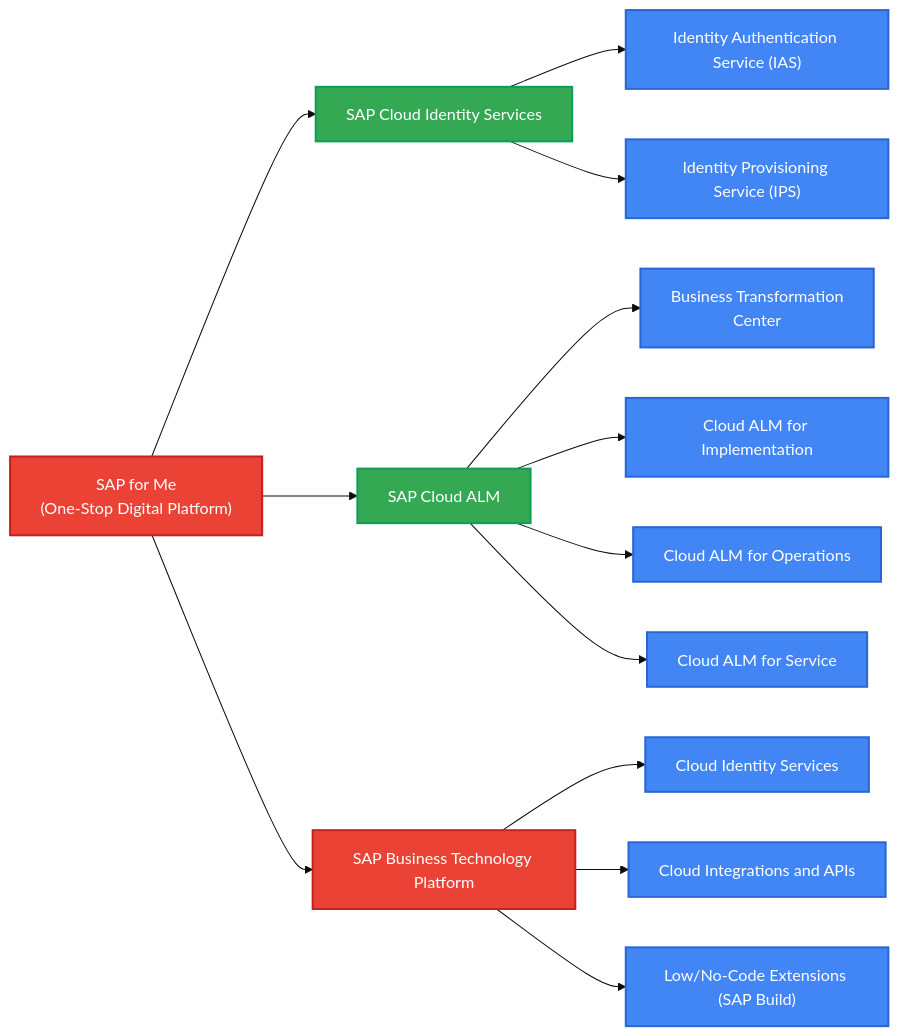
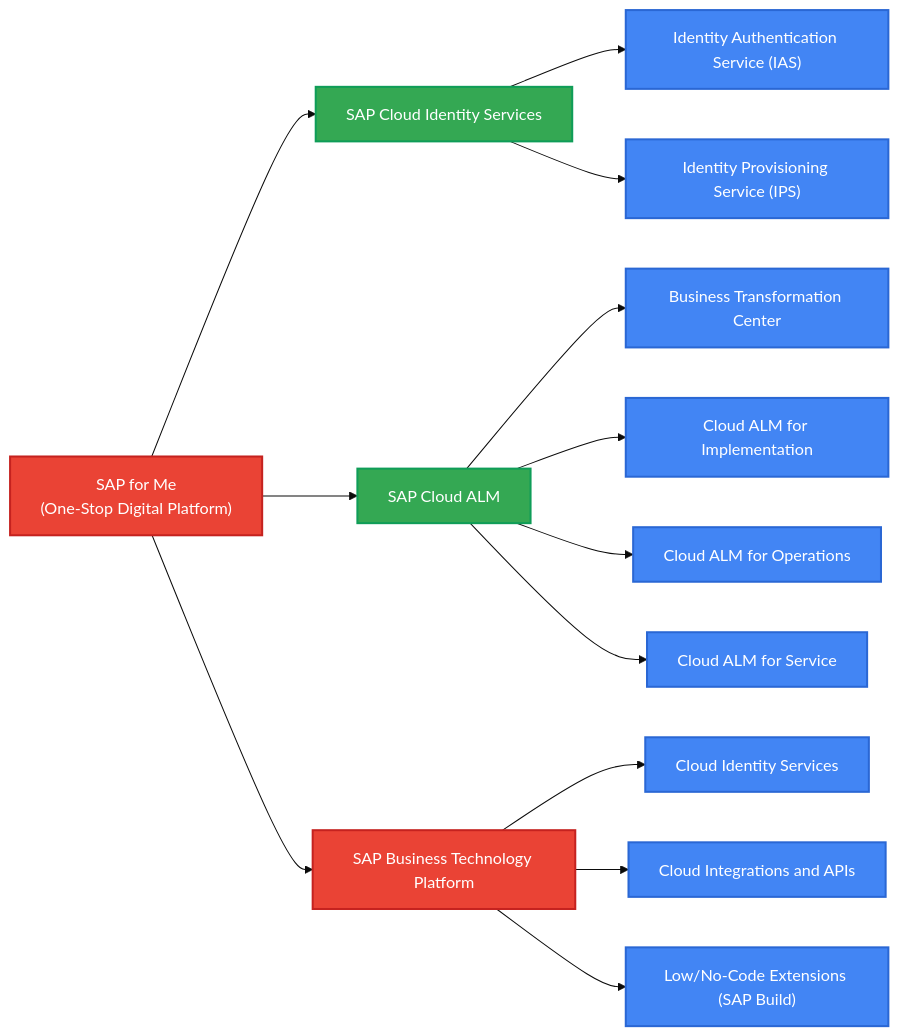
The diagram in platforms-services.md (sapflashcards/S4CPE), drawn with Mermaid (base theme) before and after one commit.

````diff
--- a/platforms-services.md
+++ b/platforms-services.md
@@ -1,26 +1,26 @@
 ```mermaid
 flowchart LR
     SFM["SAP for Me\n(One-Stop Digital Platform)"] --> SCIS["SAP Cloud Identity Services"]
     SFM --> CALM["SAP Cloud ALM"]
     SFM --> BTP["SAP Business Technology Platform"]
     
     SCIS --> IAS["Identity Authentication Service (IAS)"]
     SCIS --> IPS["Identity Provisioning Service (IPS)"]
     
-    CALM --> BTC["Business Transformation\nCenter"]
+    CALM --> BTC["Business Transformation Center"]
     CALM --> IMP["Cloud ALM for Implementation"]
     CALM --> OPS["Cloud ALM for Operations"]
     CALM --> SER["Cloud ALM for Service"]
     
     BTP --> CAI["Cloud Identity Services"]
     BTP --> CIA["Cloud Integrations and APIs"]
     BTP --> CEX["Low/No-Code Extensions (SAP Build)"]
     
     classDef platform fill:#EA4335,color:white,stroke:#C5221F,stroke-width:2px
     classDef service fill:#34A853,color:white,stroke:#0F9D58,stroke-width:2px
     classDef component fill:#4285F4,color:white,stroke:#2A67D4,stroke-width:2px
     
     class SFM,BTP platform
     class SCIS,CALM service
     class IAS,IPS,BTC,IMP,OPS,SER,CAI,CIA,CEX component
 ```
````
